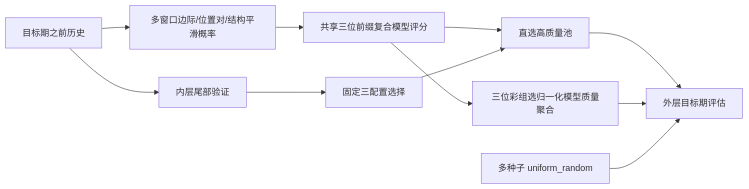
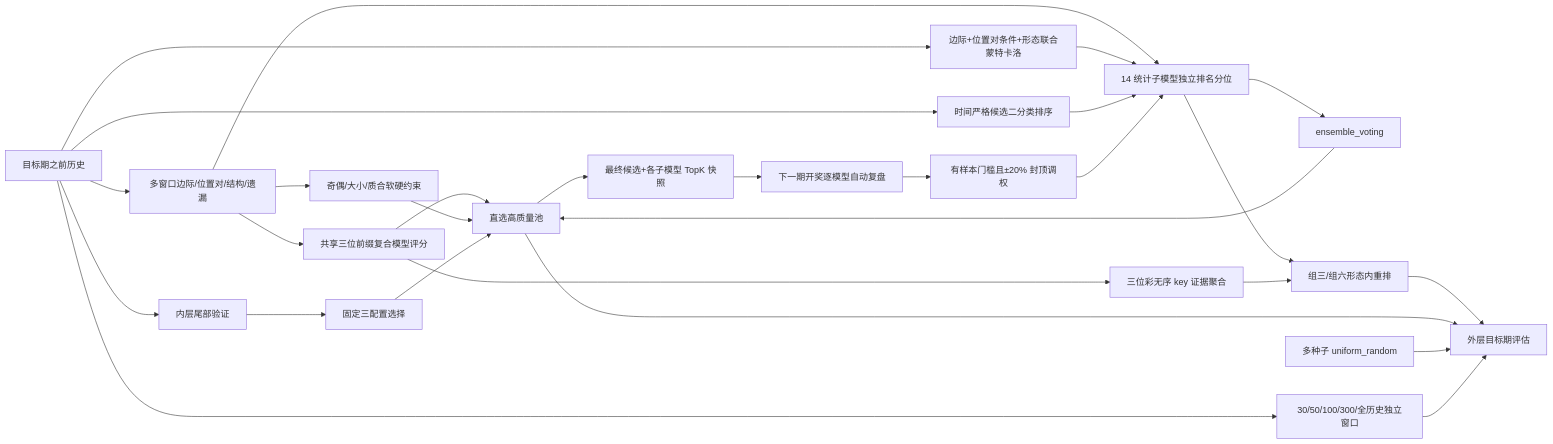
Before and after one commit to jixiangfeng/lottery_prediction: the second of 2 diagrams in docs/architecture.md, drawn with Mermaid. The commit also changed other lines of this file and 25 other files, not shown here.

````diff
--- a/docs/architecture.md
+++ b/docs/architecture.md
@@ -95,13 +95,30 @@
 ```mermaid
 flowchart LR
-    H[目标期之前历史] --> S[多窗口边际/位置对/结构平滑概率]
+    H[目标期之前历史] --> S[多窗口边际/位置对/结构/遗漏]
     S --> P[共享三位前缀复合模型评分]
+    S --> V[14 统计子模型独立排名分位]
+    H --> M[边际+位置对条件+形态联合蒙特卡洛]
+    H --> ML[时间严格候选二分类排序]
+    M --> V
+    ML --> V
+    V --> E[ensemble_voting]
     P --> D[直选高质量池]
-    P --> G[三位彩组选归一化模型质量聚合]
+    E --> D
+    S --> Q[奇偶/大小/质合软硬约束]
+    Q --> D
+    P --> G[三位彩无序 key 证据聚合]
+    V --> GS[组三/组六形态内重排]
+    G --> GS
+    GS --> O
     D --> O[外层目标期评估]
-    G --> O
     H --> I[内层尾部验证]
     I --> C[固定三配置选择]
     C --> D
     R[多种子 uniform_random] --> O
+    H --> W[30/50/100/300/全历史独立窗口]
+    W --> O
+    D --> K[最终候选+各子模型 TopK 快照]
+    K --> L[下一期开奖逐模型自动复盘]
+    L --> AW[有样本门槛且±20% 封顶调权]
+    AW --> V
 ```
````
